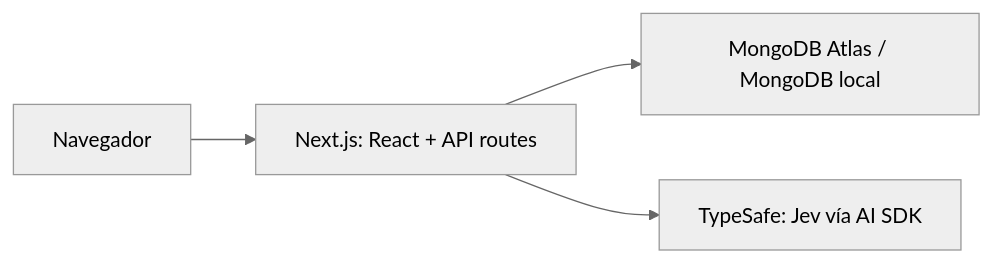
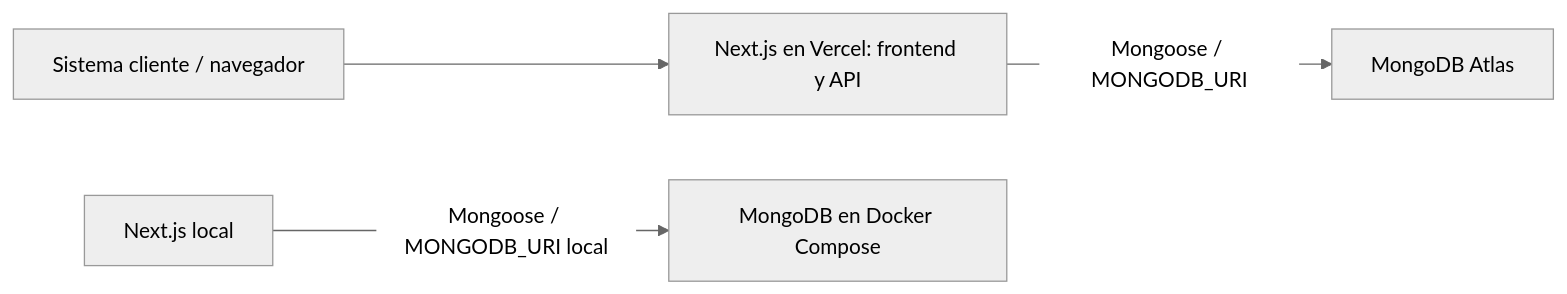
Before and after one commit to mateodiazvaldez/fraudlens-dev: the first of 2 diagrams in docs/architecture.md, drawn with Mermaid (neutral theme). The commit also changed other lines of this file and 12 other files, not shown here.

````diff
--- a/docs/architecture.md
+++ b/docs/architecture.md
@@ -3,6 +7,6 @@
 ```mermaid
 flowchart LR
-    Browser[Navegador] --> Next[Next.js: React + API routes]
-    Next --> Mongo[MongoDB Atlas / MongoDB local]
-    Next --> TypeSafe[TypeSafe: Jev vía AI SDK]
+    Client[Sistema cliente / navegador] --> Next[Next.js en Vercel: frontend y API]
+    Next -->|Mongoose / MONGODB_URI| Atlas[MongoDB Atlas]
+    Local[Next.js local] -->|Mongoose / MONGODB_URI local| Compose[MongoDB en Docker Compose]
 ```
````
